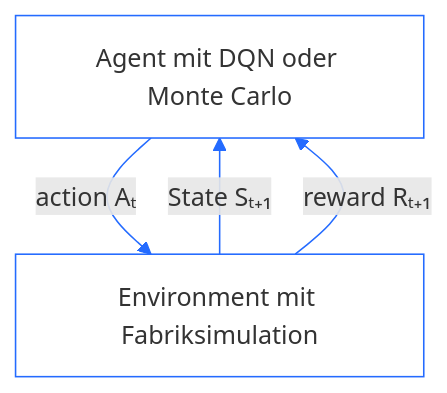
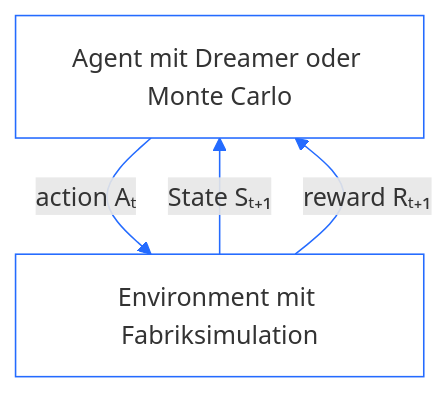
Diagram 17 of 18 in README.md (ghackenberg/SpineML), drawn with Mermaid before and after one commit. The commit also changed other lines of this file and 14 other files, not shown here.

Commit message:
Replace DQN with Dreamer while preserving Monte Carlo

````diff
--- a/README.md
+++ b/README.md
@@ -2922,13 +2925,13 @@
 ```mermaid
 flowchart TB
-    A["Agent mit DQN oder Monte Carlo"]
+    A["Agent mit Dreamer oder Monte Carlo"]
     E["Environment mit Fabriksimulation"]
 
     A -->|"action Aₜ"| E
     E -->|"State Sₜ₊₁"| A
     E -->|"reward Rₜ₊₁"| A
 
     style A fill:#ffffff,stroke:#246bff,color:#333333
     style E fill:#ffffff,stroke:#246bff,color:#333333
     linkStyle default stroke:#246bff
 ```
````
